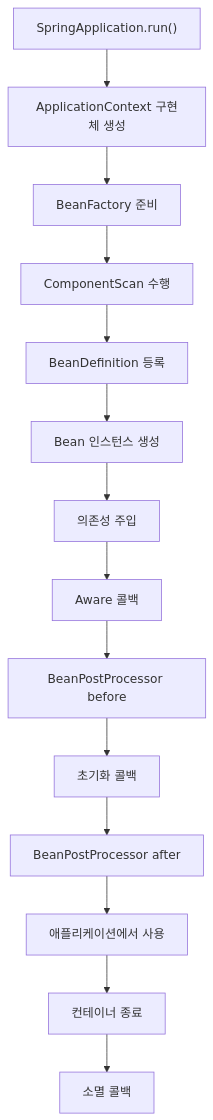
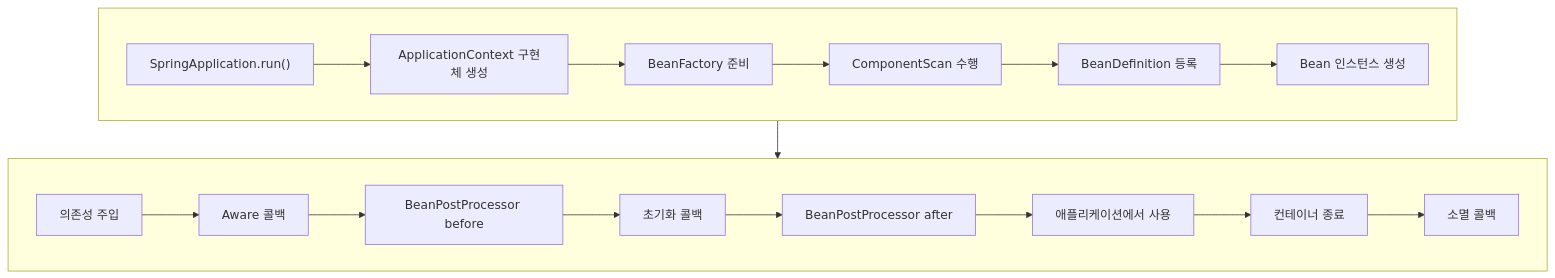
The third of 3 diagrams in _posts/2026-04-09-spring_bean.md (fakerdeft/fakerdeft.github.io), drawn with Mermaid before and after one commit. The commit also changed other lines of this file, not shown here.

Commit message:
feat: spring bean 내용 수정

````diff
--- a/_posts/2026-04-09-spring_bean.md
+++ b/_posts/2026-04-09-spring_bean.md
@@ -259,16 +259,24 @@
 ```mermaid
-flowchart TD
-    A["SpringApplication.run()"] --> B["ApplicationContext 구현체 생성"]
-    B --> C["BeanFactory 준비"]
-    C --> D["ComponentScan 수행"]
-    D --> E["BeanDefinition 등록"]
-    E --> F["Bean 인스턴스 생성"]
-    F --> G["의존성 주입"]
-    G --> H["Aware 콜백"]
-    H --> I["BeanPostProcessor before"]
-    I --> J["초기화 콜백"]
-    J --> K["BeanPostProcessor after"]
-    K --> L["애플리케이션에서 사용"]
-    L --> M["컨테이너 종료"]
-    M --> N["소멸 콜백"]
+flowchart TB
+    subgraph TOP[" "]
+        direction LR
+        A["SpringApplication.run()"] --> B["ApplicationContext 구현체 생성"]
+        B --> C["BeanFactory 준비"]
+        C --> D["ComponentScan 수행"]
+        D --> E["BeanDefinition 등록"]
+        E --> F["Bean 인스턴스 생성"]
+    end
+
+    subgraph BOTTOM[" "]
+        direction LR
+        G["의존성 주입"] --> H["Aware 콜백"]
+        H --> I["BeanPostProcessor before"]
+        I --> J["초기화 콜백"]
+        J --> K["BeanPostProcessor after"]
+        K --> L["애플리케이션에서 사용"]
+        L --> M["컨테이너 종료"]
+        M --> N["소멸 콜백"]
+    end
+
+    F --> G
 ```
````
